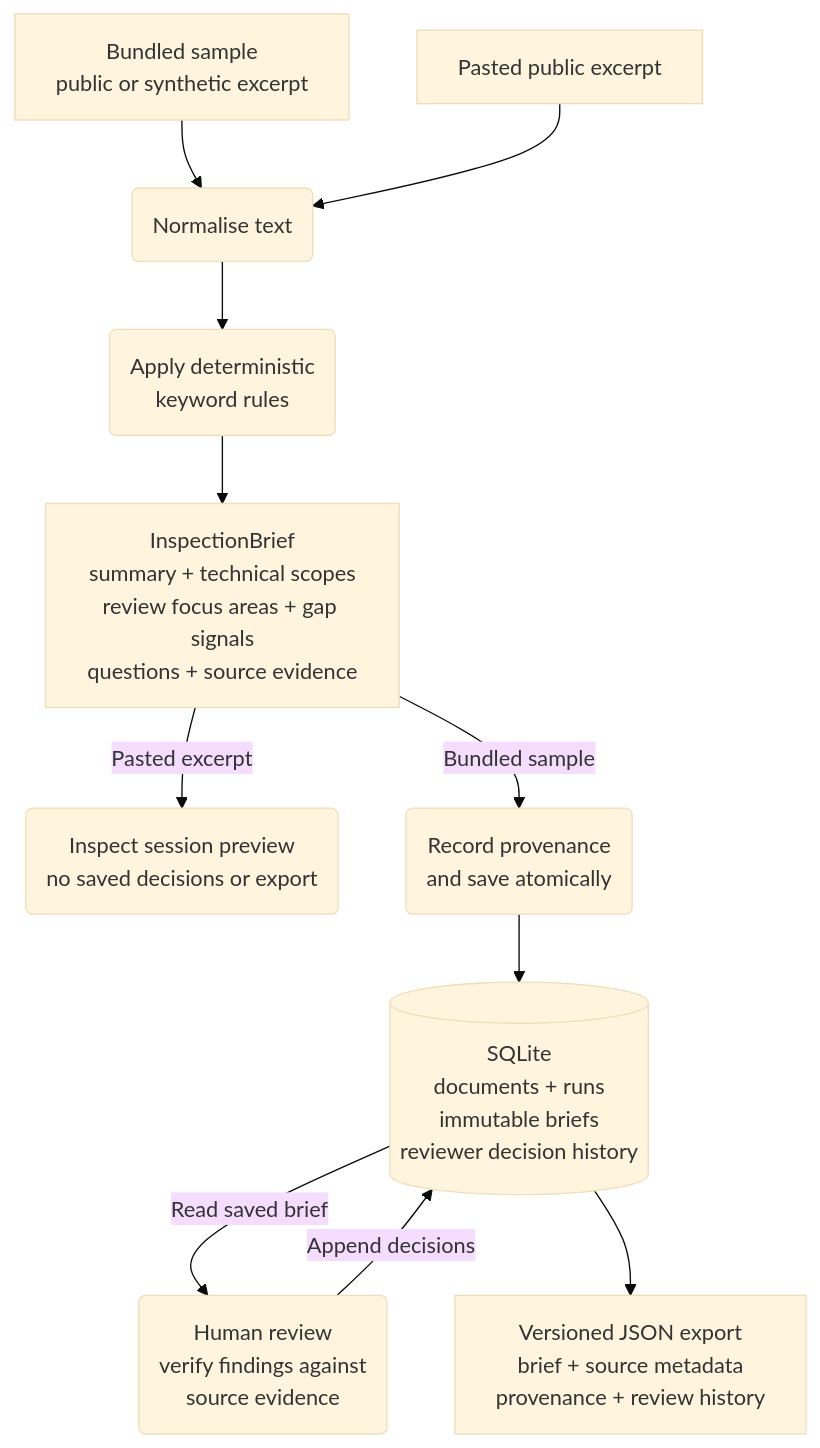
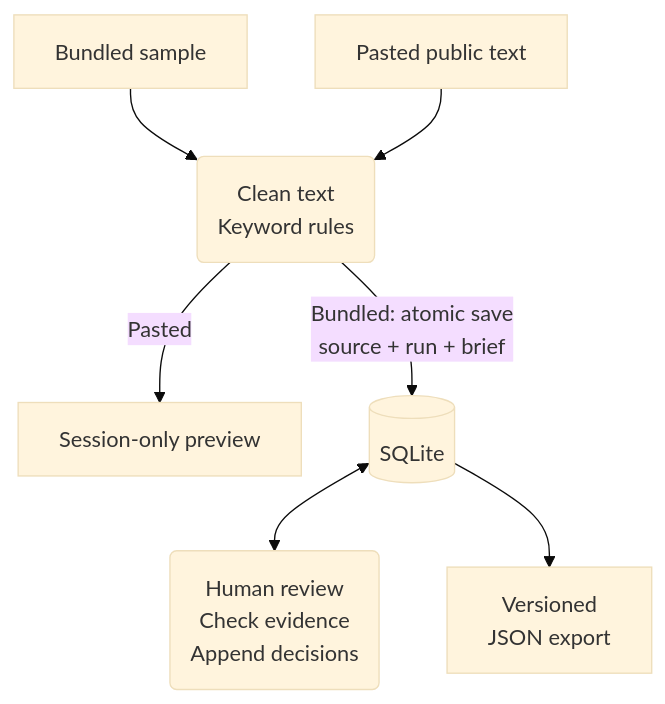
Before and after one commit to NikolayAir/tender-inspection-pipeline: the diagram in README.md, drawn with Mermaid (base theme). The commit also changed other lines of this file and 1 other file, not shown here.

Commit message:
docs: compact the README processing diagram
The README diagram required substantial scrolling, making the complete workflow harder to follow. A compact overview now shows the shared processing path, session previews, saved reviews and JSON export together. The detailed diagram moves to the architecture guide.

Checks:
- GitHub Mermaid previews at desktop and 390 px.
- Documentation links and anchors.

````diff
--- a/README.md
+++ b/README.md
@@ -23,14 +23,11 @@
 ```mermaid
 flowchart TD
-    bundled["Bundled sample<br/>public or synthetic excerpt"] --> normalise("Normalise text")
-    pasted["Pasted public excerpt"] --> normalise
-    normalise --> extract("Apply deterministic<br/>keyword rules")
-    extract --> brief["InspectionBrief<br/>summary + technical scopes<br/>review focus areas + gap signals<br/>questions + source evidence"]
+    bundled["Bundled sample"] --> extract("Clean text<br/>Keyword rules")
+    pasted["Pasted public text"] --> extract
 
-    brief -->|Pasted excerpt| preview("Inspect session preview<br/>no saved decisions or export")
-    brief -->|Bundled sample| save("Record provenance<br/>and save atomically")
-    save --> db[("SQLite<br/>documents + runs<br/>immutable briefs<br/>reviewer decision history")]
-    db -->|Read saved brief| review("Human review<br/>verify findings against<br/>source evidence")
-    review -->|Append decisions| db
-    db --> export["Versioned JSON export<br/>brief + source metadata<br/>provenance + review history"]
+    extract -->|Pasted| preview["Session-only preview"]
+    extract -->|Bundled: atomic save<br/>source + run + brief| db[("SQLite")]
+
+    db <--> review("Human review<br/>Check evidence<br/>Append decisions")
+    db --> export["Versioned<br/>JSON export"]
 ```
````
